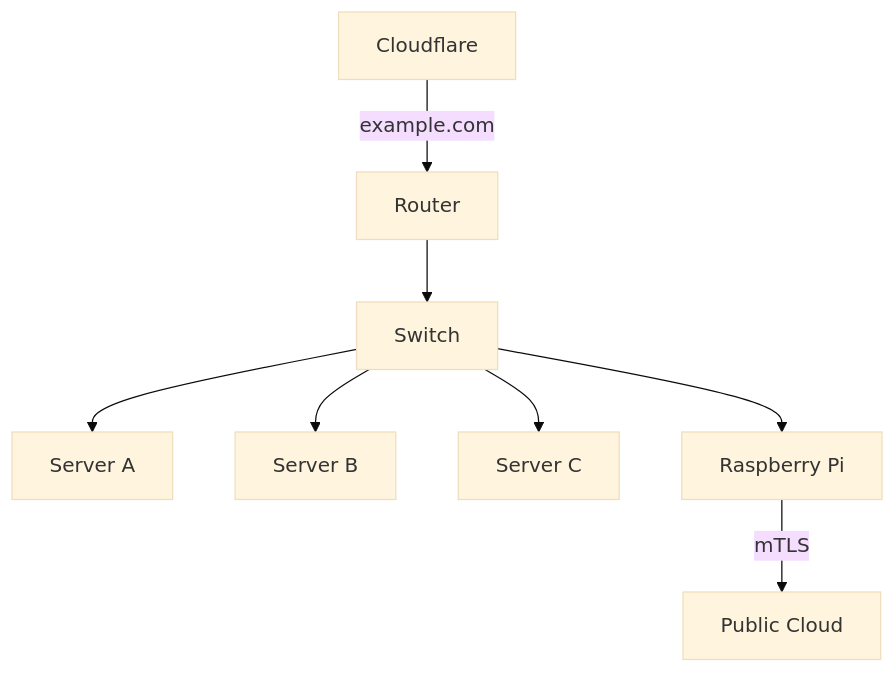
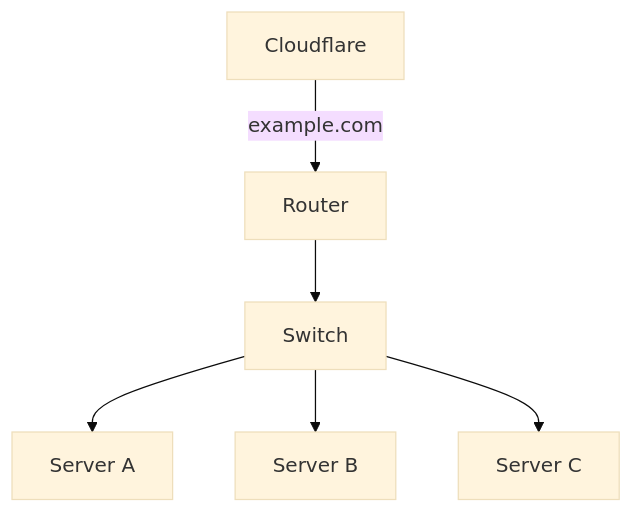
Before and after one commit to Zaba505/infra: the first of 3 diagrams in docs/content/docs/home_lab/_index.md, drawn with Mermaid (base theme). The commit also changed other lines of this file, not shown here.

````diff
--- a/docs/content/docs/home_lab/_index.md
+++ b/docs/content/docs/home_lab/_index.md
@@ -7,22 +7,17 @@
 ```mermaid
 flowchart TB
     cloudflare["Cloudflare"]
     router["Router"]
     switch["Switch"]
     serverA["Server A"]
     serverB["Server B"]
     serverC["Server C"]
-    pi["Raspberry Pi"]
-    cloud["Public Cloud"]
 
     cloudflare -->|example.com| router
 
     router --> switch
 
     switch --> serverA
     switch --> serverB
     switch --> serverC
-    switch --> pi
-
-    pi -->|mTLS| cloud
 ```
````
